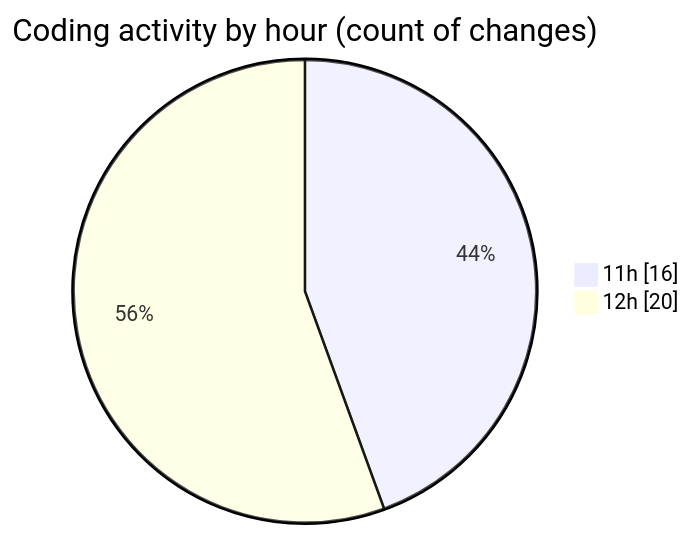
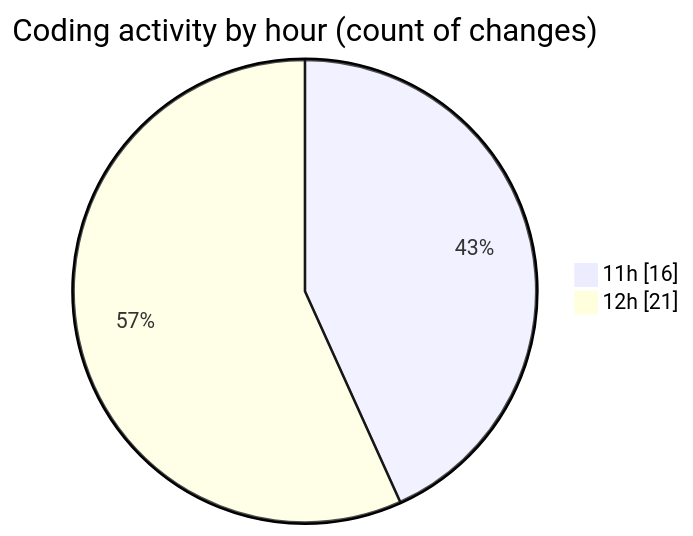
One commit to donsfak/code-tracking changed the second of 2 diagrams in 2025-03-25/wordle/README.md. Above: the diagram before and after it, drawn with Mermaid. The commit also changed other lines of this file and 1 other file, not shown here.

````diff
--- a/2025-03-25/wordle/README.md
+++ b/2025-03-25/wordle/README.md
@@ -34,6 +34,6 @@
 ```mermaid
 pie showData
 title Coding activity by hour (count of changes)
 "11h" : 16
-"12h" : 20
+"12h" : 21
 ```
````
